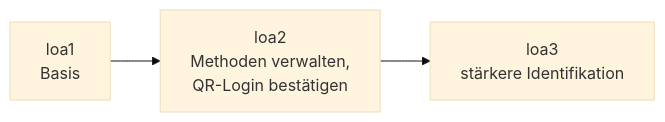
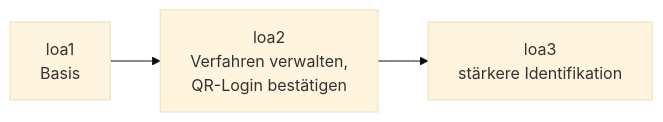
One commit to rpreissel/identity-demo changed the second of 3 diagrams in docs/04-orchestrierung.md. Above: the diagram before and after it, drawn with Mermaid (base theme). The commit also changed other lines of this file and 388 other files, not shown here.

````diff
--- a/docs/04-orchestrierung.md
+++ b/docs/04-orchestrierung.md
@@ -82,5 +82,5 @@
 ```mermaid
 flowchart LR
-  L1["loa1<br/>Basis"] --> L2["loa2<br/>Methoden verwalten,<br/>QR-Login bestätigen"]
+  L1["loa1<br/>Basis"] --> L2["loa2<br/>Verfahren verwalten,<br/>QR-Login bestätigen"]
   L2 --> L3["loa3<br/>stärkere Identifikation"]
 ```
````
